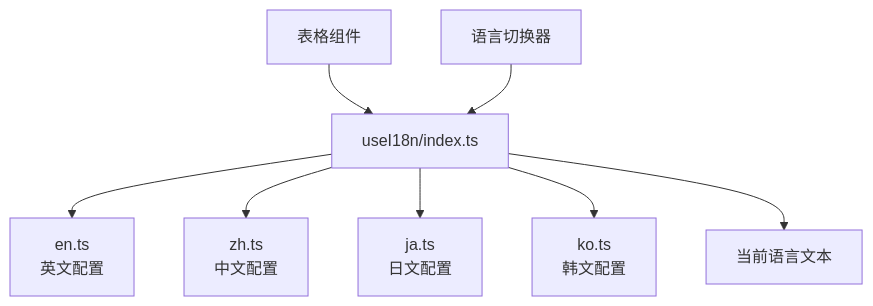
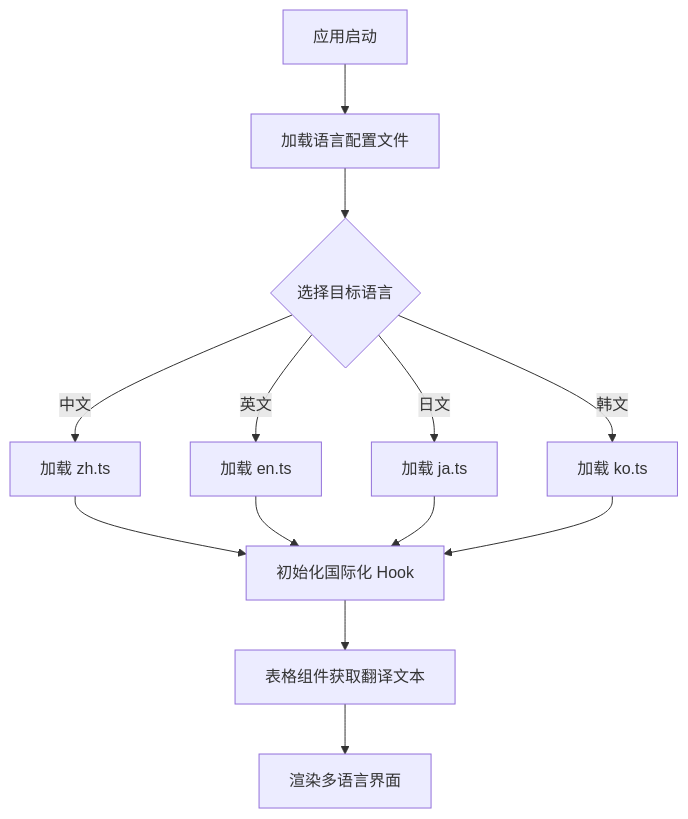
The fourth of 5 diagrams in .qoder/repowiki/zh/content/集成指南/集成指南.md (ja-plus/stk-table-vue), drawn with Mermaid before and after one commit. The commit also changed other lines of this file and 12 other files, not shown here.

````diff
--- a/.qoder/repowiki/zh/content/集成指南/集成指南.md
+++ b/.qoder/repowiki/zh/content/集成指南/集成指南.md
@@ -240,10 +240,15 @@
 ```mermaid
-graph TD
-A["useI18n/index.ts"] --> B["en.ts<br/>英文配置"]
-A --> C["zh.ts<br/>中文配置"]
-A --> D["ja.ts<br/>日文配置"]
-A --> E["ko.ts<br/>韩文配置"]
-F["表格组件"] --> A
-G["语言切换器"] --> A
-A --> H["当前语言文本"]
+flowchart TD
+A["应用启动"] --> B["加载语言配置文件"]
+B --> C{"选择目标语言"}
+C --> |中文| D["加载 zh.ts"]
+C --> |英文| E["加载 en.ts"]
+C --> |日文| F["加载 ja.ts"]
+C --> |韩文| G["加载 ko.ts"]
+D --> H["初始化国际化 Hook"]
+E --> H
+F --> H
+G --> H
+H --> I["表格组件获取翻译文本"]
+I --> J["渲染多语言界面"]
 ```
````
